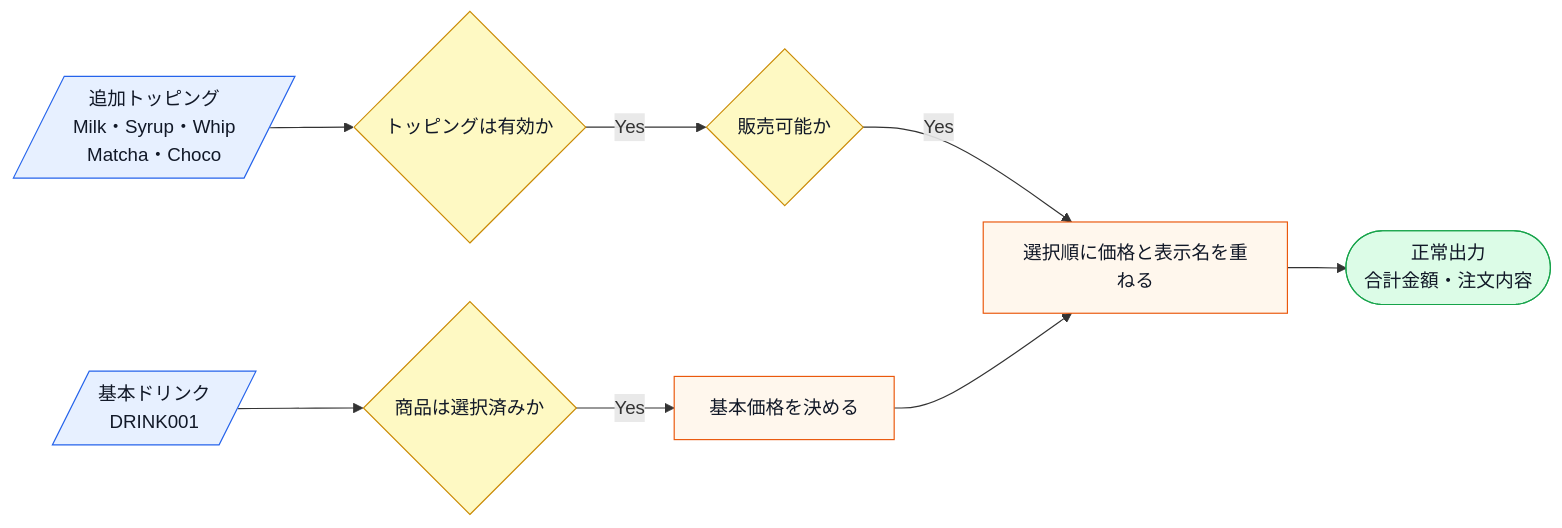
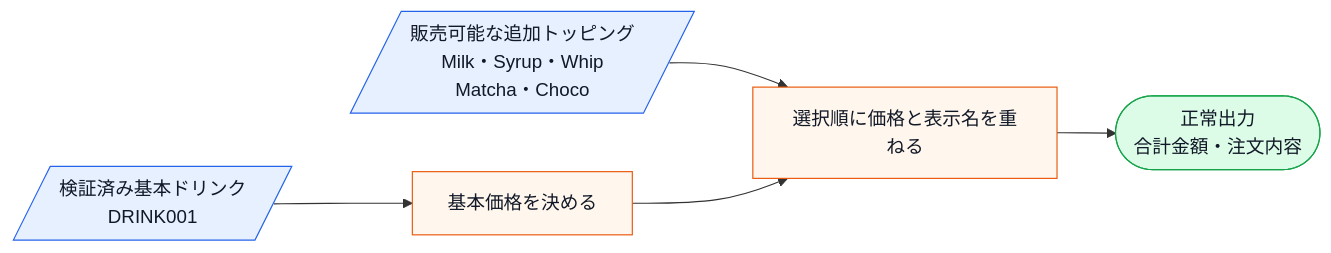
Before and after one commit to kumachan1101-pixel/DesignPattern: the fourth of 12 diagrams in kindle/design-patterns/output/chapter06.md, drawn with Mermaid. The commit also changed other lines of this file and 20 other files, not shown here.

````diff
--- a/kindle/design-patterns/output/chapter06.md
+++ b/kindle/design-patterns/output/chapter06.md
@@ -405,15 +403,12 @@
 ```mermaid
 flowchart LR
-    A[/基本ドリンク<br>DRINK001/]:::input --> B{商品は選択済みか}:::decision
-    C[/追加トッピング<br>Milk・Syrup・Whip<br>Matcha・Choco/]:::input --> D{トッピングは有効か}:::decision
-    B -->|Yes| E[基本価格を決める]:::process
-    D -->|Yes| A2{販売可能か}:::decision
-    A2 -->|Yes| F[選択順に価格と表示名を重ねる]:::process
+    A[/検証済み基本ドリンク<br>DRINK001/]:::input --> E[基本価格を決める]:::process
+    C[/販売可能な追加トッピング<br>Milk・Syrup・Whip<br>Matcha・Choco/]:::input --> F[選択順に価格と表示名を重ねる]:::process
     E --> F
     F --> G([正常出力<br>合計金額・注文内容]):::normal
 
     classDef input fill:#e7f0ff,stroke:#2563eb,color:#111827;
     classDef process fill:#fff7ed,stroke:#ea580c,color:#111827;
     classDef decision fill:#fef9c3,stroke:#ca8a04,color:#111827;
     classDef normal fill:#dcfce7,stroke:#16a34a,color:#111827;
 ```
````
